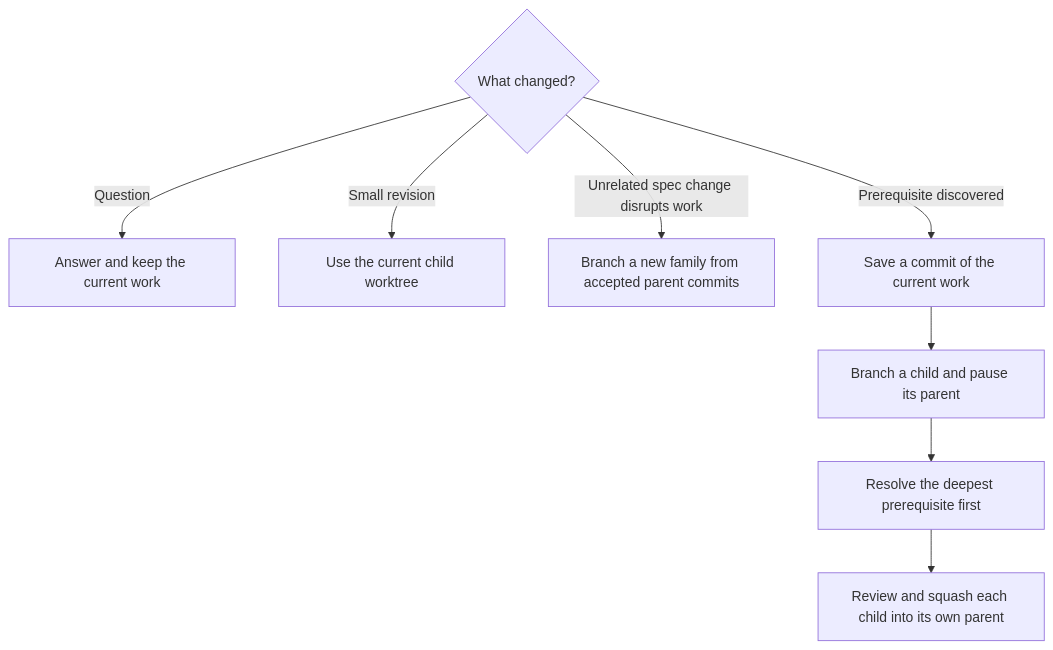
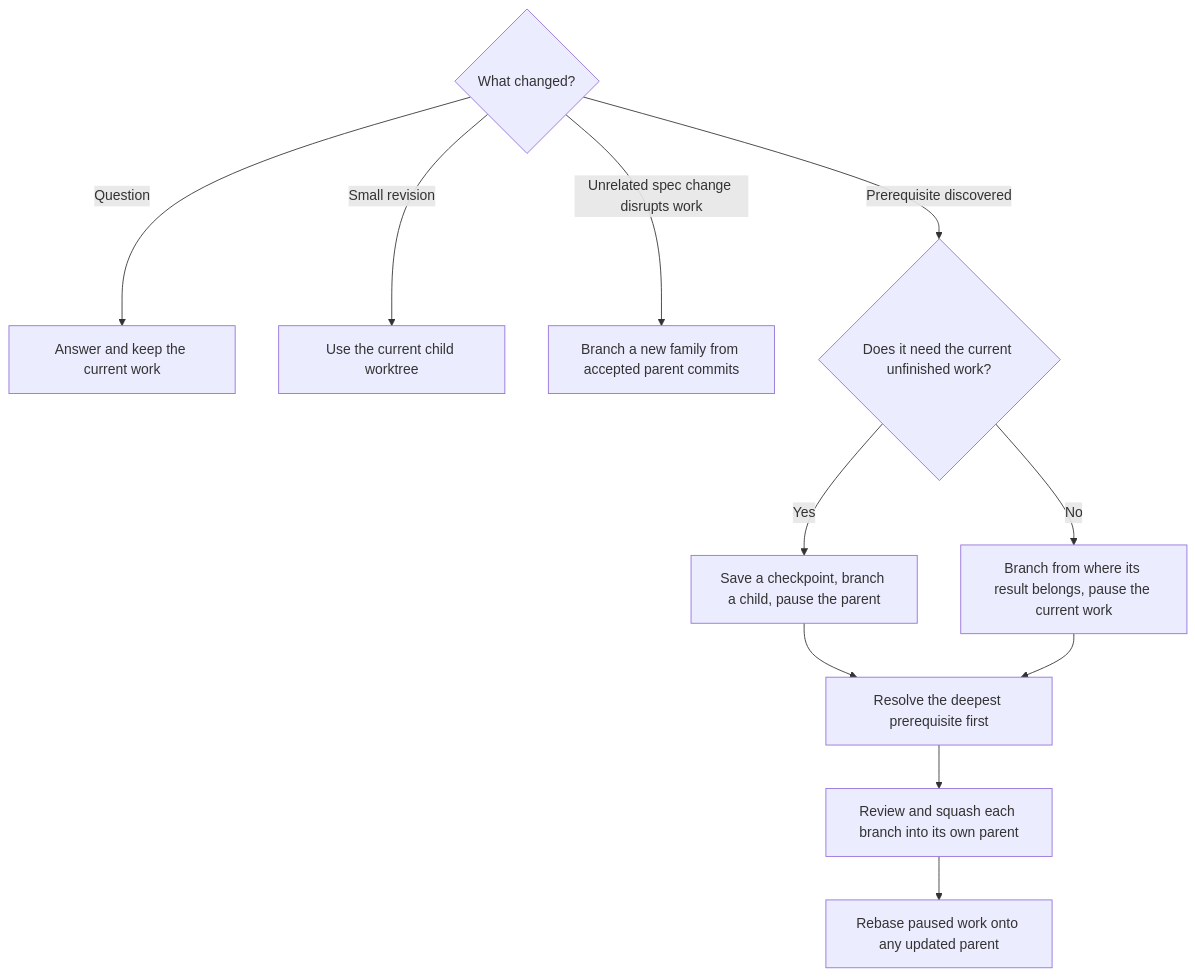
One commit to fsw0422/.ksp changed the sixth of 10 diagrams in skills/spec-workflow/SKILL.md. Above: the diagram before and after it, drawn with Mermaid. The commit also changed other lines of this file and 17 other files, not shown here.

````diff
--- a/skills/spec-workflow/SKILL.md
+++ b/skills/spec-workflow/SKILL.md
@@ -134,10 +281,13 @@
 ```mermaid
 flowchart TD
     Event{What changed?} -->|Question| Answer[Answer and keep the current work]
     Event -->|Small revision| Current[Use the current child worktree]
     Event -->|Unrelated spec change disrupts work| Separate[Branch a new family from accepted parent commits]
-    Event -->|Prerequisite discovered| Save[Save a commit of the current work]
-    Save --> Child[Branch a child and pause its parent]
+    Event -->|Prerequisite discovered| Needs{Does it need the current unfinished work?}
+    Needs -->|Yes| Child[Save a checkpoint, branch a child, pause the parent]
+    Needs -->|No| Sibling[Branch from where its result belongs, pause the current work]
     Child --> Resolve[Resolve the deepest prerequisite first]
-    Resolve --> Return[Review and squash each child into its own parent]
+    Sibling --> Resolve
+    Resolve --> Return[Review and squash each branch into its own parent]
+    Return --> Rebase[Rebase paused work onto any updated parent]
 ```
````
